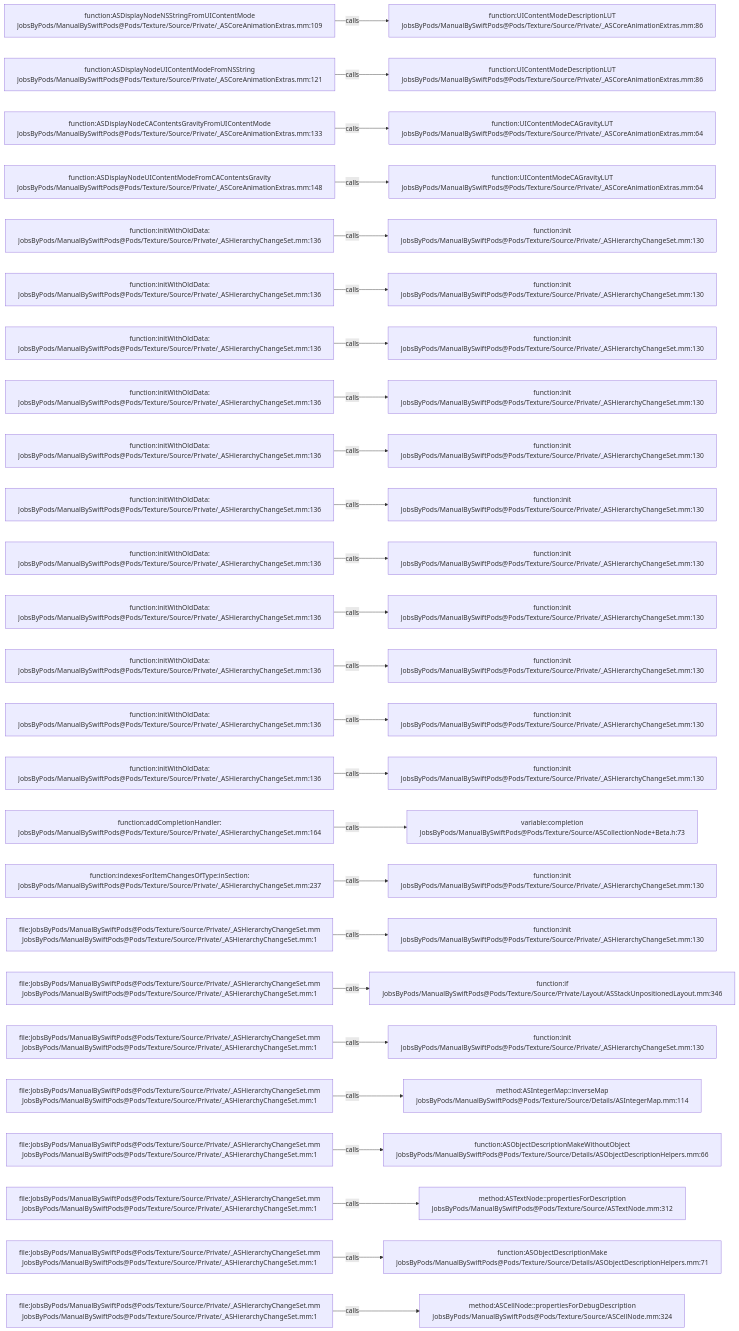
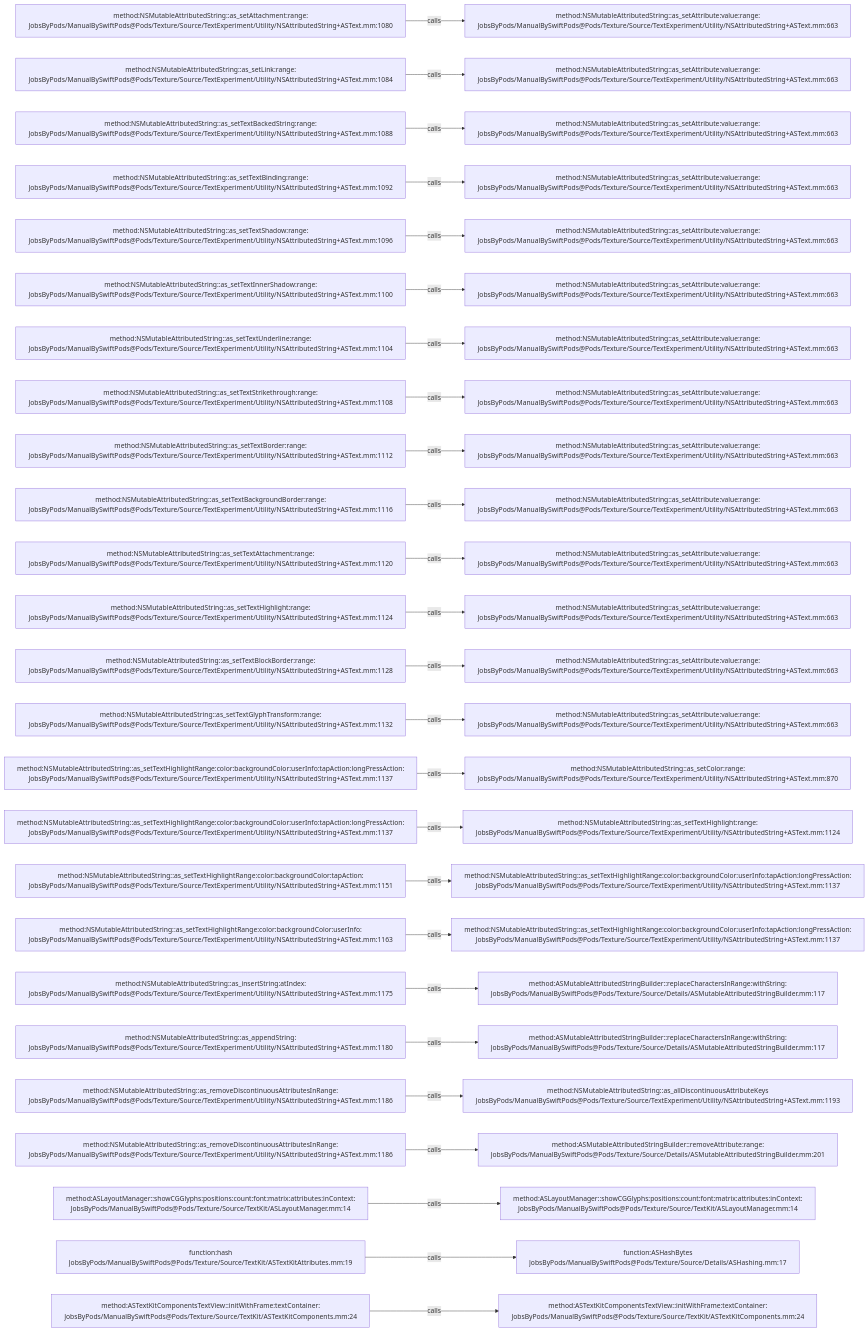
Before and after one commit to JobsKits/JobsSwiftBaseConfigDemo: the diagram in .codegraph/codegraph.md/graphs/calls-147.md, drawn with Mermaid. The commit also changed 832 other files, not shown here.

````diff
--- a/.codegraph/codegraph.md/graphs/calls-147.md
+++ b/.codegraph/codegraph.md/graphs/calls-147.md
@@ -13,78 +13,78 @@
 ```mermaid
 flowchart LR
-  S1["function:ASDisplayNodeNSStringFromUIContentMode<br/>JobsByPods/ManualBySwiftPods@Pods/Texture/Source/Private/_ASCoreAnimationExtras.mm:109"]
-  T1["function:UIContentModeDescriptionLUT<br/>JobsByPods/ManualBySwiftPods@Pods/Texture/Source/Private/_ASCoreAnimationExtras.mm:86"]
+  S1["method:NSMutableAttributedString::as_setAttachment:range:<br/>JobsByPods/ManualBySwiftPods@Pods/Texture/Source/TextExperiment/Utility/NSAttributedString+ASText.mm:1080"]
+  T1["method:NSMutableAttributedString::as_setAttribute:value:range:<br/>JobsByPods/ManualBySwiftPods@Pods/Texture/Source/TextExperiment/Utility/NSAttributedString+ASText.mm:663"]
   S1 -->|calls| T1
-  S2["function:ASDisplayNodeUIContentModeFromNSString<br/>JobsByPods/ManualBySwiftPods@Pods/Texture/Source/Private/_ASCoreAnimationExtras.mm:121"]
-  T2["function:UIContentModeDescriptionLUT<br/>JobsByPods/ManualBySwiftPods@Pods/Texture/Source/Private/_ASCoreAnimationExtras.mm:86"]
+  S2["method:NSMutableAttributedString::as_setLink:range:<br/>JobsByPods/ManualBySwiftPods@Pods/Texture/Source/TextExperiment/Utility/NSAttributedString+ASText.mm:1084"]
+  T2["method:NSMutableAttributedString::as_setAttribute:value:range:<br/>JobsByPods/ManualBySwiftPods@Pods/Texture/Source/TextExperiment/Utility/NSAttributedString+ASText.mm:663"]
   S2 -->|calls| T2
-  S3["function:ASDisplayNodeCAContentsGravityFromUIContentMode<br/>JobsByPods/ManualBySwiftPods@Pods/Texture/Source/Private/_ASCoreAnimationExtras.mm:133"]
-  T3["function:UIContentModeCAGravityLUT<br/>JobsByPods/ManualBySwiftPods@Pods/Texture/Source/Private/_ASCoreAnimationExtras.mm:64"]
+  S3["method:NSMutableAttributedString::as_setTextBackedString:range:<br/>JobsByPods/ManualBySwiftPods@Pods/Texture/Source/TextExperiment/Utility/NSAttributedString+ASText.mm:1088"]
+  T3["method:NSMutableAttributedString::as_setAttribute:value:range:<br/>JobsByPods/ManualBySwiftPods@Pods/Texture/Source/TextExperiment/Utility/NSAttributedString+ASText.mm:663"]
   S3 -->|calls| T3
-  S4["function:ASDisplayNodeUIContentModeFromCAContentsGravity<br/>JobsByPods/ManualBySwiftPods@Pods/Texture/Source/Private/_ASCoreAnimationExtras.mm:148"]
-  T4["function:UIContentModeCAGravityLUT<br/>JobsByPods/ManualBySwiftPods@Pods/Texture/Source/Private/_ASCoreAnimationExtras.mm:64"]
+  S4["method:NSMutableAttributedString::as_setTextBinding:range:<br/>JobsByPods/ManualBySwiftPods@Pods/Texture/Source/TextExperiment/Utility/NSAttributedString+ASText.mm:1092"]
+  T4["method:NSMutableAttributedString::as_setAttribute:value:range:<br/>JobsByPods/ManualBySwiftPods@Pods/Texture/Source/TextExperiment/Utility/NSAttributedString+ASText.mm:663"]
   S4 -->|calls| T4
-  S5["function:initWithOldData:<br/>JobsByPods/ManualBySwiftPods@Pods/Texture/Source/Private/_ASHierarchyChangeSet.mm:136"]
-  T5["function:init<br/>JobsByPods/ManualBySwiftPods@Pods/Texture/Source/Private/_ASHierarchyChangeSet.mm:130"]
+  S5["method:NSMutableAttributedString::as_setTextShadow:range:<br/>JobsByPods/ManualBySwiftPods@Pods/Texture/Source/TextExperiment/Utility/NSAttributedString+ASText.mm:1096"]
+  T5["method:NSMutableAttributedString::as_setAttribute:value:range:<br/>JobsByPods/ManualBySwiftPods@Pods/Texture/Source/TextExperiment/Utility/NSAttributedString+ASText.mm:663"]
   S5 -->|calls| T5
-  S6["function:initWithOldData:<br/>JobsByPods/ManualBySwiftPods@Pods/Texture/Source/Private/_ASHierarchyChangeSet.mm:136"]
-  T6["function:init<br/>JobsByPods/ManualBySwiftPods@Pods/Texture/Source/Private/_ASHierarchyChangeSet.mm:130"]
+  S6["method:NSMutableAttributedString::as_setTextInnerShadow:range:<br/>JobsByPods/ManualBySwiftPods@Pods/Texture/Source/TextExperiment/Utility/NSAttributedString+ASText.mm:1100"]
+  T6["method:NSMutableAttributedString::as_setAttribute:value:range:<br/>JobsByPods/ManualBySwiftPods@Pods/Texture/Source/TextExperiment/Utility/NSAttributedString+ASText.mm:663"]
   S6 -->|calls| T6
-  S7["function:initWithOldData:<br/>JobsByPods/ManualBySwiftPods@Pods/Texture/Source/Private/_ASHierarchyChangeSet.mm:136"]
-  T7["function:init<br/>JobsByPods/ManualBySwiftPods@Pods/Texture/Source/Private/_ASHierarchyChangeSet.mm:130"]
+  S7["method:NSMutableAttributedString::as_setTextUnderline:range:<br/>JobsByPods/ManualBySwiftPods@Pods/Texture/Source/TextExperiment/Utility/NSAttributedString+ASText.mm:1104"]
+  T7["method:NSMutableAttributedString::as_setAttribute:value:range:<br/>JobsByPods/ManualBySwiftPods@Pods/Texture/Source/TextExperiment/Utility/NSAttributedString+ASText.mm:663"]
   S7 -->|calls| T7
-  S8["function:initWithOldData:<br/>JobsByPods/ManualBySwiftPods@Pods/Texture/Source/Private/_ASHierarchyChangeSet.mm:136"]
-  T8["function:init<br/>JobsByPods/ManualBySwiftPods@Pods/Texture/Source/Private/_ASHierarchyChangeSet.mm:130"]
+  S8["method:NSMutableAttributedString::as_setTextStrikethrough:range:<br/>JobsByPods/ManualBySwiftPods@Pods/Texture/Source/TextExperiment/Utility/NSAttributedString+ASText.mm:1108"]
+  T8["method:NSMutableAttributedString::as_setAttribute:value:range:<br/>JobsByPods/ManualBySwiftPods@Pods/Texture/Source/TextExperiment/Utility/NSAttributedString+ASText.mm:663"]
   S8 -->|calls| T8
-  S9["function:initWithOldData:<br/>JobsByPods/ManualBySwiftPods@Pods/Texture/Source/Private/_ASHierarchyChangeSet.mm:136"]
-  T9["function:init<br/>JobsByPods/ManualBySwiftPods@Pods/Texture/Source/Private/_ASHierarchyChangeSet.mm:130"]
+  S9["method:NSMutableAttributedString::as_setTextBorder:range:<br/>JobsByPods/ManualBySwiftPods@Pods/Texture/Source/TextExperiment/Utility/NSAttributedString+ASText.mm:1112"]
+  T9["method:NSMutableAttributedString::as_setAttribute:value:range:<br/>JobsByPods/ManualBySwiftPods@Pods/Texture/Source/TextExperiment/Utility/NSAttributedString+ASText.mm:663"]
   S9 -->|calls| T9
-  S10["function:initWithOldData:<br/>JobsByPods/ManualBySwiftPods@Pods/Texture/Source/Private/_ASHierarchyChangeSet.mm:136"]
-  T10["function:init<br/>JobsByPods/ManualBySwiftPods@Pods/Texture/Source/Private/_ASHierarchyChangeSet.mm:130"]
+  S10["method:NSMutableAttributedString::as_setTextBackgroundBorder:range:<br/>JobsByPods/ManualBySwiftPods@Pods/Texture/Source/TextExperiment/Utility/NSAttributedString+ASText.mm:1116"]
+  T10["method:NSMutableAttributedString::as_setAttribute:value:range:<br/>JobsByPods/ManualBySwiftPods@Pods/Texture/Source/TextExperiment/Utility/NSAttributedString+ASText.mm:663"]
   S10 -->|calls| T10
-  S11["function:initWithOldData:<br/>JobsByPods/ManualBySwiftPods@Pods/Texture/Source/Private/_ASHierarchyChangeSet.mm:136"]
-  T11["function:init<br/>JobsByPods/ManualBySwiftPods@Pods/Texture/Source/Private/_ASHierarchyChangeSet.mm:130"]
+  S11["method:NSMutableAttributedString::as_setTextAttachment:range:<br/>JobsByPods/ManualBySwiftPods@Pods/Texture/Source/TextExperiment/Utility/NSAttributedString+ASText.mm:1120"]
+  T11["method:NSMutableAttributedString::as_setAttribute:value:range:<br/>JobsByPods/ManualBySwiftPods@Pods/Texture/Source/TextExperiment/Utility/NSAttributedString+ASText.mm:663"]
   S11 -->|calls| T11
-  S12["function:initWithOldData:<br/>JobsByPods/ManualBySwiftPods@Pods/Texture/Source/Private/_ASHierarchyChangeSet.mm:136"]
-  T12["function:init<br/>JobsByPods/ManualBySwiftPods@Pods/Texture/Source/Private/_ASHierarchyChangeSet.mm:130"]
+  S12["method:NSMutableAttributedString::as_setTextHighlight:range:<br/>JobsByPods/ManualBySwiftPods@Pods/Texture/Source/TextExperiment/Utility/NSAttributedString+ASText.mm:1124"]
+  T12["method:NSMutableAttributedString::as_setAttribute:value:range:<br/>JobsByPods/ManualBySwiftPods@Pods/Texture/Source/TextExperiment/Utility/NSAttributedString+ASText.mm:663"]
   S12 -->|calls| T12
-  S13["function:initWithOldData:<br/>JobsByPods/ManualBySwiftPods@Pods/Texture/Source/Private/_ASHierarchyChangeSet.mm:136"]
-  T13["function:init<br/>JobsByPods/ManualBySwiftPods@Pods/Texture/Source/Private/_ASHierarchyChangeSet.mm:130"]
+  S13["method:NSMutableAttributedString::as_setTextBlockBorder:range:<br/>JobsByPods/ManualBySwiftPods@Pods/Texture/Source/TextExperiment/Utility/NSAttributedString+ASText.mm:1128"]
+  T13["method:NSMutableAttributedString::as_setAttribute:value:range:<br/>JobsByPods/ManualBySwiftPods@Pods/Texture/Source/TextExperiment/Utility/NSAttributedString+ASText.mm:663"]
   S13 -->|calls| T13
-  S14["function:initWithOldData:<br/>JobsByPods/ManualBySwiftPods@Pods/Texture/Source/Private/_ASHierarchyChangeSet.mm:136"]
-  T14["function:init<br/>JobsByPods/ManualBySwiftPods@Pods/Texture/Source/Private/_ASHierarchyChangeSet.mm:130"]
+  S14["method:NSMutableAttributedString::as_setTextGlyphTransform:range:<br/>JobsByPods/ManualBySwiftPods@Pods/Texture/Source/TextExperiment/Utility/NSAttributedString+ASText.mm:1132"]
+  T14["method:NSMutableAttributedString::as_setAttribute:value:range:<br/>JobsByPods/ManualBySwiftPods@Pods/Texture/Source/TextExperiment/Utility/NSAttributedString+ASText.mm:663"]
   S14 -->|calls| T14
-  S15["function:initWithOldData:<br/>JobsByPods/ManualBySwiftPods@Pods/Texture/Source/Private/_ASHierarchyChangeSet.mm:136"]
-  T15["function:init<br/>JobsByPods/ManualBySwiftPods@Pods/Texture/Source/Private/_ASHierarchyChangeSet.mm:130"]
+  S15["method:NSMutableAttributedString::as_setTextHighlightRange:color:backgroundColor:userInfo:tapAction:longPressAction:<br/>JobsByPods/ManualBySwiftPods@Pods/Texture/Source/TextExperiment/Utility/NSAttributedString+ASText.mm:1137"]
+  T15["method:NSMutableAttributedString::as_setColor:range:<br/>JobsByPods/ManualBySwiftPods@Pods/Texture/Source/TextExperiment/Utility/NSAttributedString+ASText.mm:870"]
   S15 -->|calls| T15
-  S16["function:addCompletionHandler:<br/>JobsByPods/ManualBySwiftPods@Pods/Texture/Source/Private/_ASHierarchyChangeSet.mm:164"]
-  T16["variable:completion<br/>JobsByPods/ManualBySwiftPods@Pods/Texture/Source/ASCollectionNode+Beta.h:73"]
+  S16["method:NSMutableAttributedString::as_setTextHighlightRange:color:backgroundColor:userInfo:tapAction:longPressAction:<br/>JobsByPods/ManualBySwiftPods@Pods/Texture/Source/TextExperiment/Utility/NSAttributedString+ASText.mm:1137"]
+  T16["method:NSMutableAttributedString::as_setTextHighlight:range:<br/>JobsByPods/ManualBySwiftPods@Pods/Texture/Source/TextExperiment/Utility/NSAttributedString+ASText.mm:1124"]
   S16 -->|calls| T16
-  S17["function:indexesForItemChangesOfType:inSection:<br/>JobsByPods/ManualBySwiftPods@Pods/Texture/Source/Private/_ASHierarchyChangeSet.mm:237"]
-  T17["function:init<br/>JobsByPods/ManualBySwiftPods@Pods/Texture/Source/Private/_ASHierarchyChangeSet.mm:130"]
+  S17["method:NSMutableAttributedString::as_setTextHighlightRange:color:backgroundColor:tapAction:<br/>JobsByPods/ManualBySwiftPods@Pods/Texture/Source/TextExperiment/Utility/NSAttributedString+ASText.mm:1151"]
+  T17["method:NSMutableAttributedString::as_setTextHighlightRange:color:backgroundColor:userInfo:tapAction:longPressAction:<br/>JobsByPods/ManualBySwiftPods@Pods/Texture/Source/TextExperiment/Utility/NSAttributedString+ASText.mm:1137"]
   S17 -->|calls| T17
-  S18["file:JobsByPods/ManualBySwiftPods@Pods/Texture/Source/Private/_ASHierarchyChangeSet.mm<br/>JobsByPods/ManualBySwiftPods@Pods/Texture/Source/Private/_ASHierarchyChangeSet.mm:1"]
-  T18["function:init<br/>JobsByPods/ManualBySwiftPods@Pods/Texture/Source/Private/_ASHierarchyChangeSet.mm:130"]
+  S18["method:NSMutableAttributedString::as_setTextHighlightRange:color:backgroundColor:userInfo:<br/>JobsByPods/ManualBySwiftPods@Pods/Texture/Source/TextExperiment/Utility/NSAttributedString+ASText.mm:1163"]
+  T18["method:NSMutableAttributedString::as_setTextHighlightRange:color:backgroundColor:userInfo:tapAction:longPressAction:<br/>JobsByPods/ManualBySwiftPods@Pods/Texture/Source/TextExperiment/Utility/NSAttributedString+ASText.mm:1137"]
   S18 -->|calls| T18
-  S19["file:JobsByPods/ManualBySwiftPods@Pods/Texture/Source/Private/_ASHierarchyChangeSet.mm<br/>JobsByPods/ManualBySwiftPods@Pods/Texture/Source/Private/_ASHierarchyChangeSet.mm:1"]
-  T19["function:if<br/>JobsByPods/ManualBySwiftPods@Pods/Texture/Source/Private/Layout/ASStackUnpositionedLayout.mm:346"]
+  S19["method:NSMutableAttributedString::as_insertString:atIndex:<br/>JobsByPods/ManualBySwiftPods@Pods/Texture/Source/TextExperiment/Utility/NSAttributedString+ASText.mm:1175"]
+  T19["method:ASMutableAttributedStringBuilder::replaceCharactersInRange:withString:<br/>JobsByPods/ManualBySwiftPods@Pods/Texture/Source/Details/ASMutableAttributedStringBuilder.mm:117"]
   S19 -->|calls| T19
-  S20["file:JobsByPods/ManualBySwiftPods@Pods/Texture/Source/Private/_ASHierarchyChangeSet.mm<br/>JobsByPods/ManualBySwiftPods@Pods/Texture/Source/Private/_ASHierarchyChangeSet.mm:1"]
-  T20["function:init<br/>JobsByPods/ManualBySwiftPods@Pods/Texture/Source/Private/_ASHierarchyChangeSet.mm:130"]
+  S20["method:NSMutableAttributedString::as_appendString:<br/>JobsByPods/ManualBySwiftPods@Pods/Texture/Source/TextExperiment/Utility/NSAttributedString+ASText.mm:1180"]
+  T20["method:ASMutableAttributedStringBuilder::replaceCharactersInRange:withString:<br/>JobsByPods/ManualBySwiftPods@Pods/Texture/Source/Details/ASMutableAttributedStringBuilder.mm:117"]
   S20 -->|calls| T20
-  S21["file:JobsByPods/ManualBySwiftPods@Pods/Texture/Source/Private/_ASHierarchyChangeSet.mm<br/>JobsByPods/ManualBySwiftPods@Pods/Texture/Source/Private/_ASHierarchyChangeSet.mm:1"]
-  T21["method:ASIntegerMap::inverseMap<br/>JobsByPods/ManualBySwiftPods@Pods/Texture/Source/Details/ASIntegerMap.mm:114"]
+  S21["method:NSMutableAttributedString::as_removeDiscontinuousAttributesInRange:<br/>JobsByPods/ManualBySwiftPods@Pods/Texture/Source/TextExperiment/Utility/NSAttributedString+ASText.mm:1186"]
+  T21["method:NSMutableAttributedString::as_allDiscontinuousAttributeKeys<br/>JobsByPods/ManualBySwiftPods@Pods/Texture/Source/TextExperiment/Utility/NSAttributedString+ASText.mm:1193"]
   S21 -->|calls| T21
-  S22["file:JobsByPods/ManualBySwiftPods@Pods/Texture/Source/Private/_ASHierarchyChangeSet.mm<br/>JobsByPods/ManualBySwiftPods@Pods/Texture/Source/Private/_ASHierarchyChangeSet.mm:1"]
-  T22["function:ASObjectDescriptionMakeWithoutObject<br/>JobsByPods/ManualBySwiftPods@Pods/Texture/Source/Details/ASObjectDescriptionHelpers.mm:66"]
+  S22["method:NSMutableAttributedString::as_removeDiscontinuousAttributesInRange:<br/>JobsByPods/ManualBySwiftPods@Pods/Texture/Source/TextExperiment/Utility/NSAttributedString+ASText.mm:1186"]
+  T22["method:ASMutableAttributedStringBuilder::removeAttribute:range:<br/>JobsByPods/ManualBySwiftPods@Pods/Texture/Source/Details/ASMutableAttributedStringBuilder.mm:201"]
   S22 -->|calls| T22
-  S23["file:JobsByPods/ManualBySwiftPods@Pods/Texture/Source/Private/_ASHierarchyChangeSet.mm<br/>JobsByPods/ManualBySwiftPods@Pods/Texture/Source/Private/_ASHierarchyChangeSet.mm:1"]
-  T23["method:ASTextNode::propertiesForDescription<br/>JobsByPods/ManualBySwiftPods@Pods/Texture/Source/ASTextNode.mm:312"]
+  S23["method:ASLayoutManager::showCGGlyphs:positions:count:font:matrix:attributes:inContext:<br/>JobsByPods/ManualBySwiftPods@Pods/Texture/Source/TextKit/ASLayoutManager.mm:14"]
+  T23["method:ASLayoutManager::showCGGlyphs:positions:count:font:matrix:attributes:inContext:<br/>JobsByPods/ManualBySwiftPods@Pods/Texture/Source/TextKit/ASLayoutManager.mm:14"]
   S23 -->|calls| T23
-  S24["file:JobsByPods/ManualBySwiftPods@Pods/Texture/Source/Private/_ASHierarchyChangeSet.mm<br/>JobsByPods/ManualBySwiftPods@Pods/Texture/Source/Private/_ASHierarchyChangeSet.mm:1"]
-  T24["function:ASObjectDescriptionMake<br/>JobsByPods/ManualBySwiftPods@Pods/Texture/Source/Details/ASObjectDescriptionHelpers.mm:71"]
+  S24["function:hash<br/>JobsByPods/ManualBySwiftPods@Pods/Texture/Source/TextKit/ASTextKitAttributes.mm:19"]
+  T24["function:ASHashBytes<br/>JobsByPods/ManualBySwiftPods@Pods/Texture/Source/Details/ASHashing.mm:17"]
   S24 -->|calls| T24
-  S25["file:JobsByPods/ManualBySwiftPods@Pods/Texture/Source/Private/_ASHierarchyChangeSet.mm<br/>JobsByPods/ManualBySwiftPods@Pods/Texture/Source/Private/_ASHierarchyChangeSet.mm:1"]
-  T25["method:ASCellNode::propertiesForDebugDescription<br/>JobsByPods/ManualBySwiftPods@Pods/Texture/Source/ASCellNode.mm:324"]
+  S25["method:ASTextKitComponentsTextView::initWithFrame:textContainer:<br/>JobsByPods/ManualBySwiftPods@Pods/Texture/Source/TextKit/ASTextKitComponents.mm:24"]
+  T25["method:ASTextKitComponentsTextView::initWithFrame:textContainer:<br/>JobsByPods/ManualBySwiftPods@Pods/Texture/Source/TextKit/ASTextKitComponents.mm:24"]
   S25 -->|calls| T25
 ```
````
